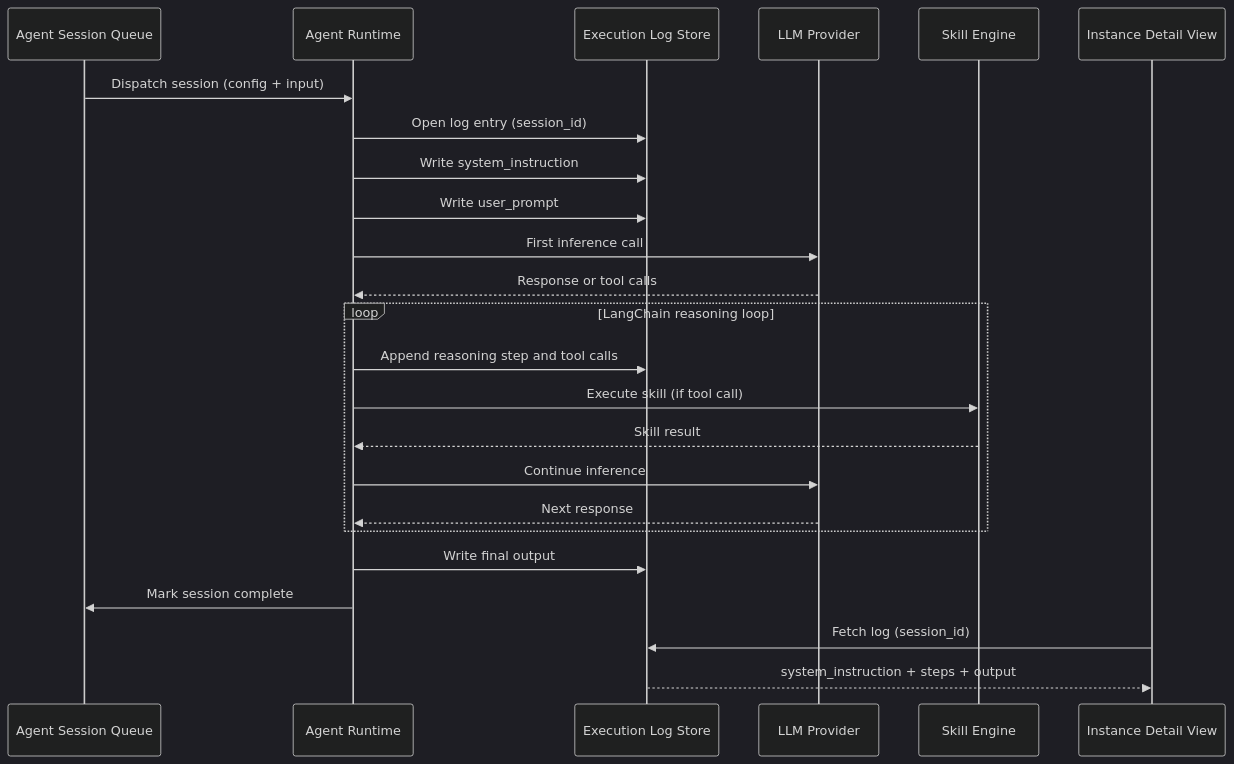
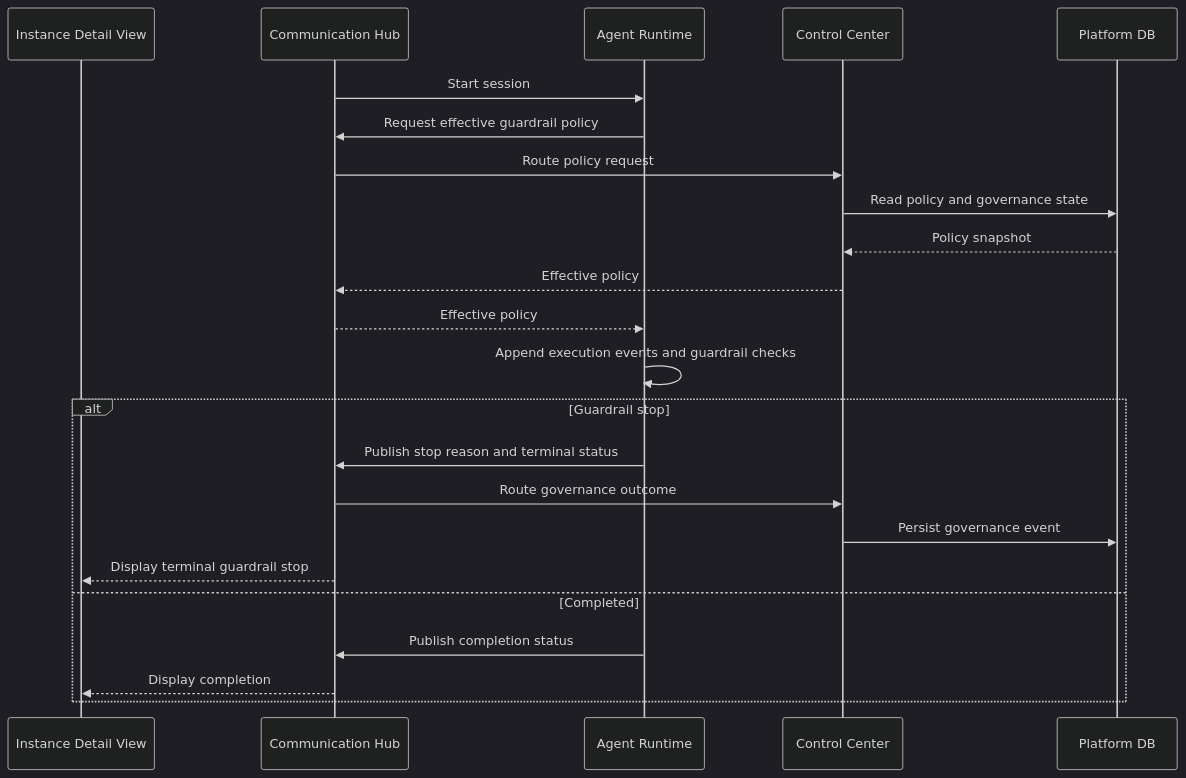
Before and after one commit to hurungang/parthenon: the first of 2 diagrams in docs/master/architecture/modules/execution-logs.md, drawn with Mermaid (dark theme). The commit also changed other lines of this file and 139 other files, not shown here.

````diff
--- a/docs/master/architecture/modules/execution-logs.md
+++ b/docs/master/architecture/modules/execution-logs.md
@@ -9,27 +3,26 @@
 ```mermaid
 sequenceDiagram
-    participant AJQ as Agent Session Queue
+    participant UI as Instance Detail View
+    participant CH as Communication Hub
     participant AR as Agent Runtime
-    participant ELS as Execution Log Store
-    participant LLM as LLM Provider
-    participant SE as Skill Engine
-    participant UI as Instance Detail View
+    participant CC as Control Center
+    participant DB as Platform DB
 
-    AJQ->>AR: Dispatch session (config + input)
-    AR->>ELS: Open log entry (session_id)
-    AR->>ELS: Write system_instruction
-    AR->>ELS: Write user_prompt
-    AR->>LLM: First inference call
-    LLM-->>AR: Response or tool calls
-    loop LangChain reasoning loop
-        AR->>ELS: Append reasoning step and tool calls
-        AR->>SE: Execute skill (if tool call)
-        SE-->>AR: Skill result
-        AR->>LLM: Continue inference
-        LLM-->>AR: Next response
+    CH->>AR: Start session
+    AR->>CH: Request effective guardrail policy
+    CH->>CC: Route policy request
+    CC->>DB: Read policy and governance state
+    DB-->>CC: Policy snapshot
+    CC-->>CH: Effective policy
+    CH-->>AR: Effective policy
+    AR->>AR: Append execution events and guardrail checks
+    alt Guardrail stop
+        AR->>CH: Publish stop reason and terminal status
+        CH->>CC: Route governance outcome
+        CC->>DB: Persist governance event
+        CH-->>UI: Display terminal guardrail stop
+    else Completed
+        AR->>CH: Publish completion status
+        CH-->>UI: Display completion
     end
-    AR->>ELS: Write final output
-    AR->>AJQ: Mark session complete
-    UI->>ELS: Fetch log (session_id)
-    ELS-->>UI: system_instruction + steps + output
 ```
````
